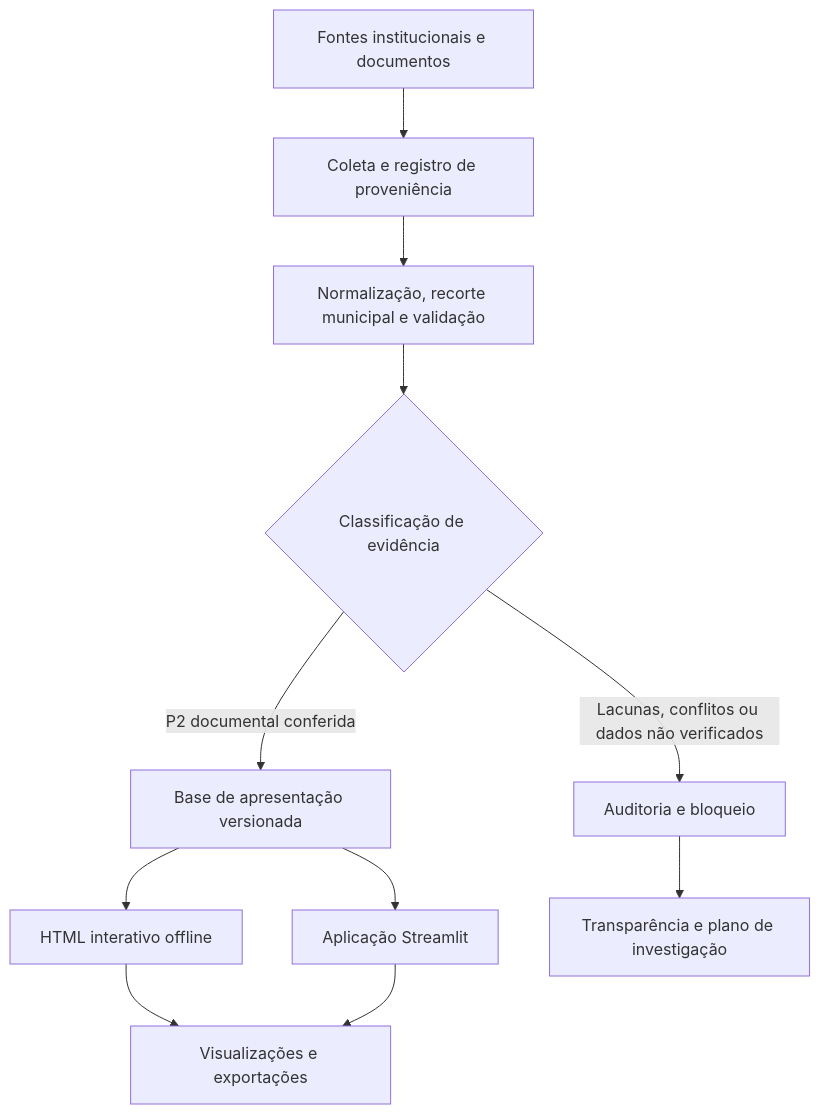
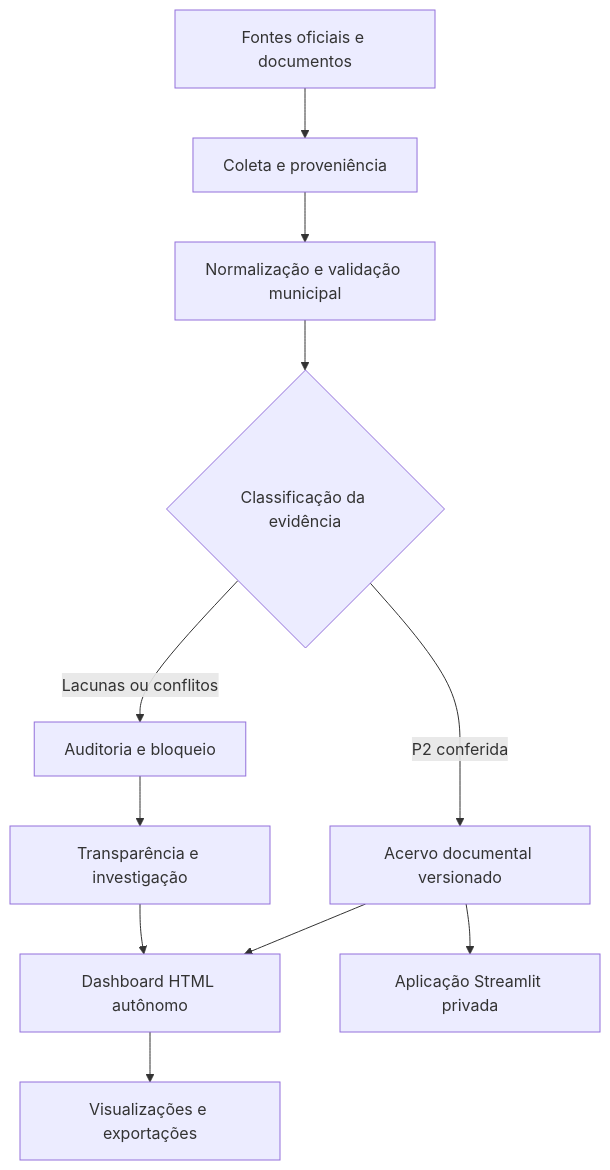
The diagram in README.md (luizhmarquez-a11y/UDI-Market-Intelligence-Dashboard), drawn with Mermaid before and after one commit. The commit also changed other lines of this file and 23 other files, not shown here.

````diff
--- a/README.md
+++ b/README.md
@@ -66,13 +85,13 @@
 ```mermaid
 flowchart TD
-    A[Fontes institucionais e documentos] --> B[Coleta e registro de proveniência]
-    B --> C[Normalização, recorte municipal e validação]
-    C --> D{Classificação de evidência}
-    D -->|P2 documental conferida| E[Base de apresentação versionada]
-    D -->|Lacunas, conflitos ou dados não verificados| F[Auditoria e bloqueio]
-    E --> G[HTML interativo offline]
-    E --> H[Aplicação Streamlit]
-    F --> I[Transparência e plano de investigação]
+    A[Fontes oficiais e documentos] --> B[Coleta e proveniência]
+    B --> C[Normalização e validação municipal]
+    C --> D{Classificação da evidência}
+    D -->|P2 conferida| E[Acervo documental versionado]
+    D -->|Lacunas ou conflitos| F[Auditoria e bloqueio]
+    E --> G[Dashboard HTML autônomo]
+    E --> H[Aplicação Streamlit privada]
+    F --> I[Transparência e investigação]
     G --> J[Visualizações e exportações]
-    H --> J
+    I --> G
 ```
````
